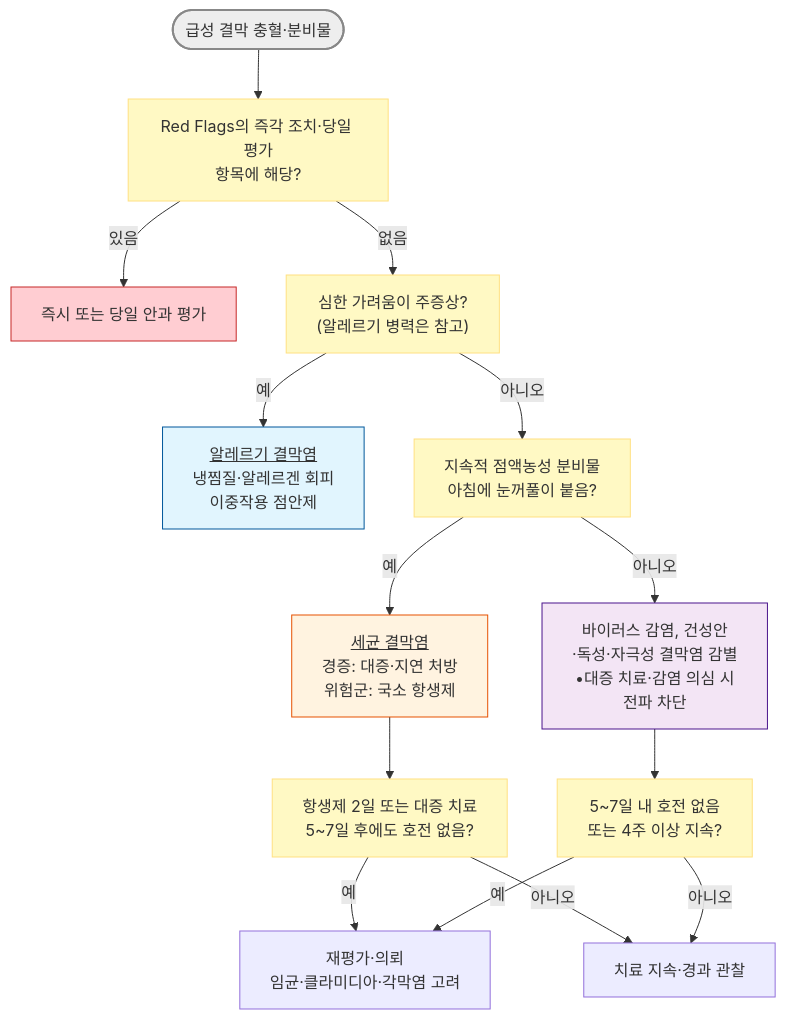
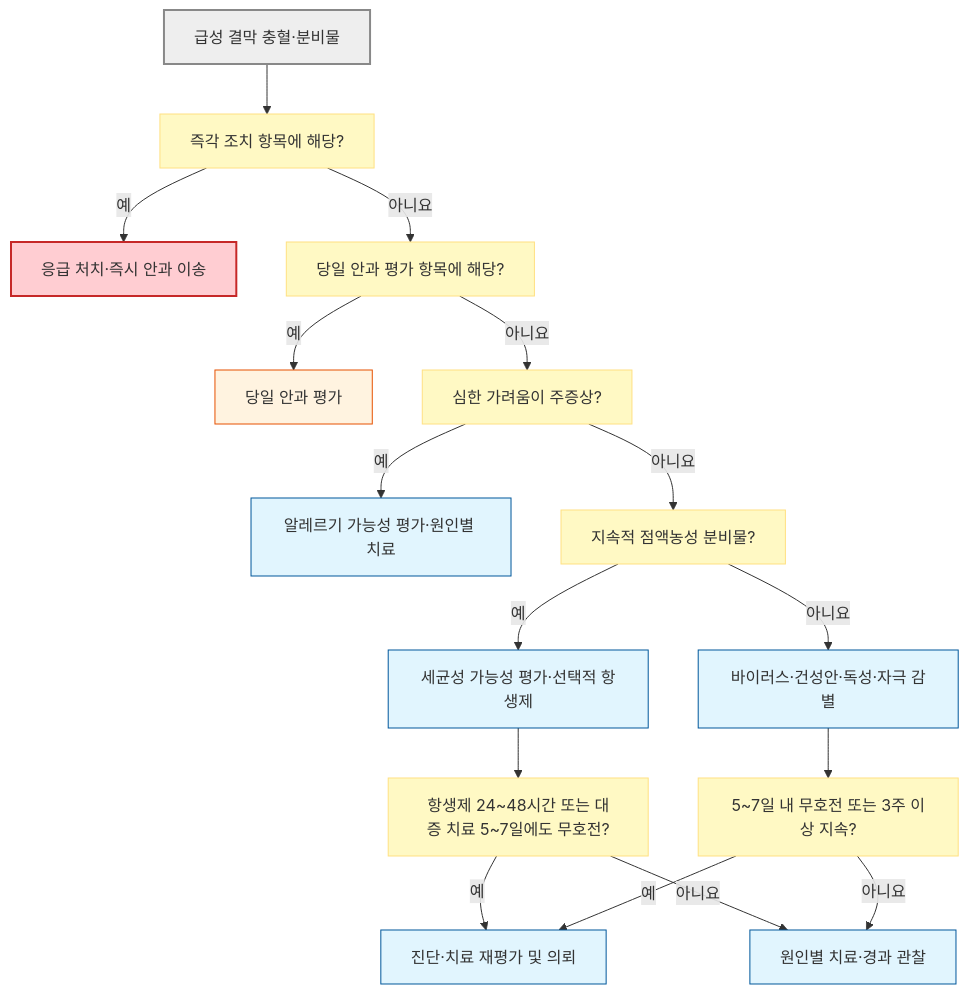
Before and after one commit to familyoh77/familyoh77: the diagram in 222_/038_-conjunctivitis.md, drawn with Mermaid. The commit also changed other lines of this file and 9 other files, not shown here.

````diff
--- a/222_/038_-conjunctivitis.md
+++ b/222_/038_-conjunctivitis.md
@@ -289,24 +290,28 @@
 ```mermaid
-graph TD
-    Start(["급성 결막 충혈·분비물"]) --> RF["Red Flags의 즉각 조치·당일 평가<br>항목에 해당?"]
-    RF -->|"있음"| Refer["즉시 또는 당일 안과 평가"]
-    RF -->|"없음"| Q1["심한 가려움이 주증상?<br>(알레르기 병력은 참고)"]
-    Q1 -->|"예"| Allergy["<u>알레르기 결막염</u><br>냉찜질·알레르겐 회피<br>이중작용 점안제"]
-    Q1 -->|"아니오"| Q2["지속적 점액농성 분비물<br>아침에 눈꺼풀이 붙음?"]
-    Q2 -->|"예"| Bact["<u>세균 결막염</u><br>경증: 대증·지연 처방<br>위험군: 국소 항생제"]
-    Q2 -->|"아니오"| Viral["바이러스 감염, 건성안<br>·독성·자극성 결막염 감별<br>•대증 치료·감염 의심 시 <br>전파 차단"]
-    Bact --> F1["항생제 2일 또는 대증 치료<br>5~7일 후에도 호전 없음?"]
-    Viral --> F2["5~7일 내 호전 없음 <br>또는 4주 이상 지속?"]
-    F1 -->|"예"| Reeval["재평가·의뢰<br>임균·클라미디아·각막염 고려"]
-    F2 -->|"예"| Reeval
-    F1 -->|"아니오"| Cont["치료 지속·경과 관찰"]
-    F2 -->|"아니오"| Cont
-
-    style Start fill:#eeeeee,stroke:#888888,stroke-width:2px
-    classDef yellow fill:#fff9c4,stroke:#ffe082
-    class RF,Q1,Q2,F1,F2 yellow
-    style Refer fill:#ffcdd2,stroke:#c62828
-    style Allergy fill:#e1f5fe,stroke:#01579b
-    style Bact fill:#fff3e0,stroke:#e65100
-    style Viral fill:#f3e5f5,stroke:#4a148c
+flowchart TD
+    Start["급성 결막 충혈·분비물"] --> R1["즉각 조치 항목에 해당?"]
+    R1 -- "예" --> Emerg["응급 처치·즉시 안과 이송"]
+    R1 -- "아니요" --> R2["당일 안과 평가 항목에 해당?"]
+    R2 -- "예" --> Refer["당일 안과 평가"]
+    R2 -- "아니요" --> Q1["심한 가려움이 주증상?"]
+    Q1 -- "예" --> Allergy["알레르기 가능성 평가·원인별 치료"]
+    Q1 -- "아니요" --> Q2["지속적 점액농성 분비물?"]
+    Q2 -- "예" --> Bact["세균성 가능성 평가·선택적 항생제"]
+    Q2 -- "아니요" --> Viral["바이러스·건성안·독성·자극 감별"]
+    Bact --> F1["항생제 24~48시간 또는 대증 치료 5~7일에도 무호전?"]
+    Viral --> F2["5~7일 내 무호전 또는 3주 이상 지속?"]
+    F1 -- "예" --> Reeval["진단·치료 재평가 및 의뢰"]
+    F2 -- "예" --> Reeval
+    F1 -- "아니요" --> Cont["원인별 치료·경과 관찰"]
+    F2 -- "아니요" --> Cont
+    classDef start fill:#eeeeee,stroke:#888888,stroke-width:2px
+    classDef question fill:#fff9c4,stroke:#ffe082
+    classDef emergency fill:#ffcdd2,stroke:#c62828,stroke-width:2px
+    classDef urgent fill:#fff3e0,stroke:#e65100
+    classDef care fill:#e1f5fe,stroke:#01579b
+    class Start start
+    class R1,R2,Q1,Q2,F1,F2 question
+    class Emerg emergency
+    class Refer urgent
+    class Allergy,Bact,Viral,Reeval,Cont care
 ```
````
